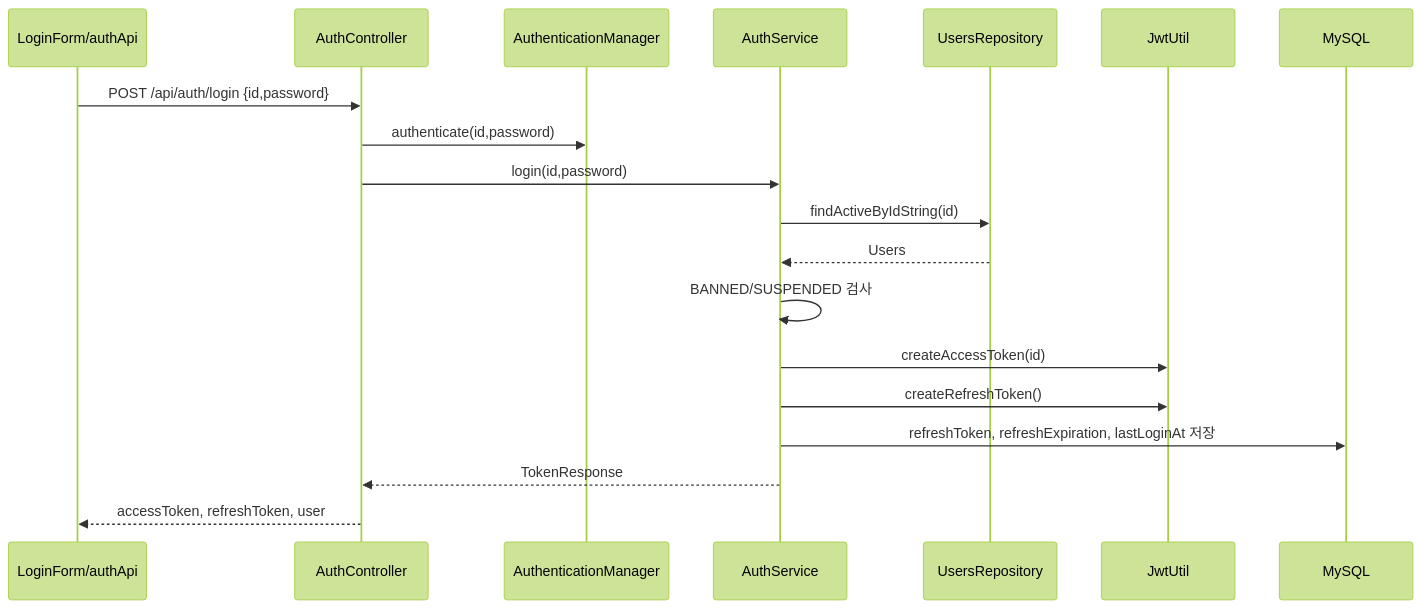
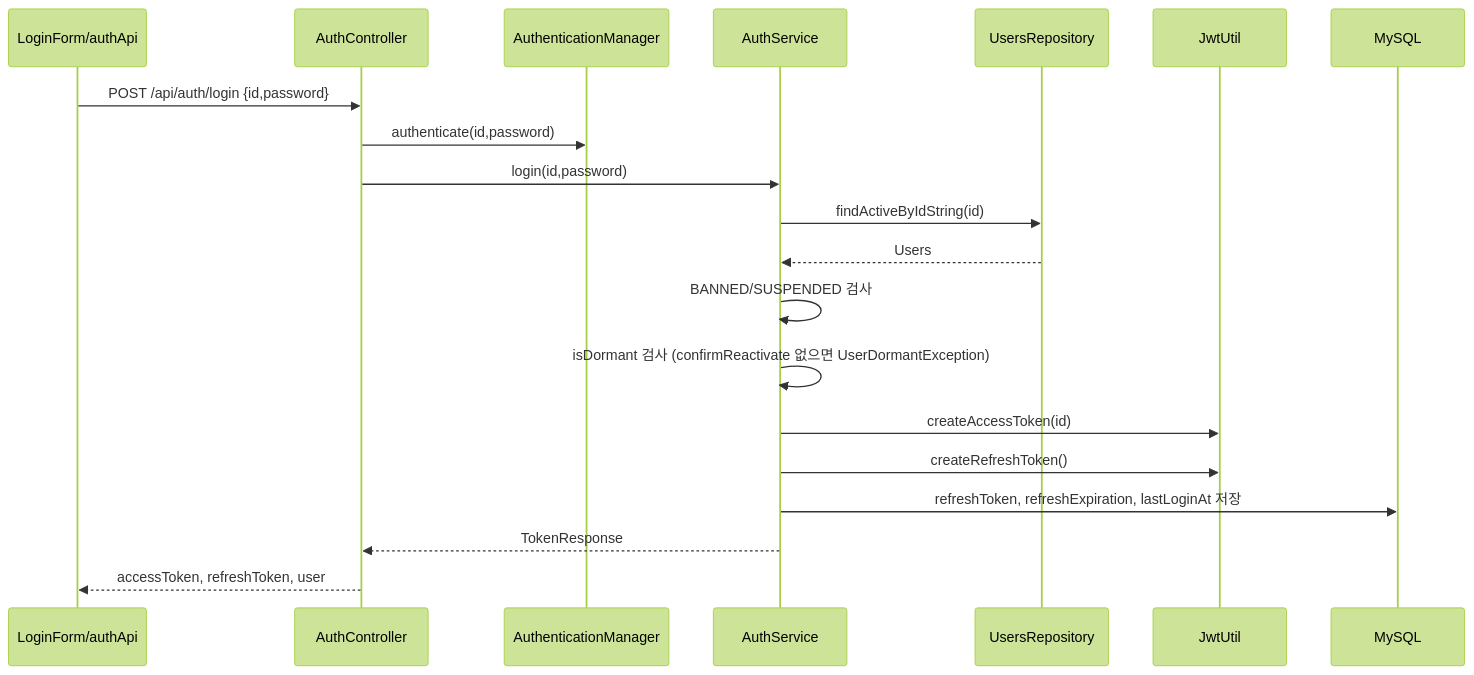
One commit to makkong1/Petory changed the second of 7 diagrams in docs/architecture/user/사용자 인증 및 프로필 아키텍처.md. Above: the diagram before and after it, drawn with Mermaid (forest theme). The commit also changed other lines of this file and 2 other files, not shown here.

Commit message:
docs(user): 휴면 계정 기능 반영

````diff
--- a/docs/architecture/user/사용자 인증 및 프로필 아키텍처.md
+++ b/docs/architecture/user/사용자 인증 및 프로필 아키텍처.md
@@ -65,22 +65,23 @@
 ```mermaid
 sequenceDiagram
   participant FE as LoginForm/authApi
   participant AC as AuthController
   participant AM as AuthenticationManager
   participant AS as AuthService
   participant R as UsersRepository
   participant JWT as JwtUtil
   participant DB as MySQL
 
   FE->>AC: POST /api/auth/login {id,password}
   AC->>AM: authenticate(id,password)
   AC->>AS: login(id,password)
   AS->>R: findActiveByIdString(id)
   R-->>AS: Users
   AS->>AS: BANNED/SUSPENDED 검사
+  AS->>AS: isDormant 검사 (confirmReactivate 없으면 UserDormantException)
   AS->>JWT: createAccessToken(id)
   AS->>JWT: createRefreshToken()
   AS->>DB: refreshToken, refreshExpiration, lastLoginAt 저장
   AS-->>AC: TokenResponse
   AC-->>FE: accessToken, refreshToken, user
 ```
````
